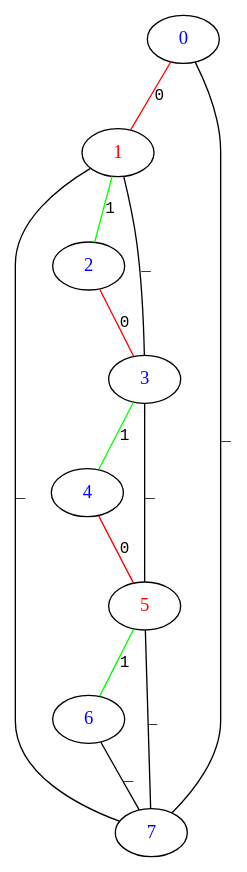
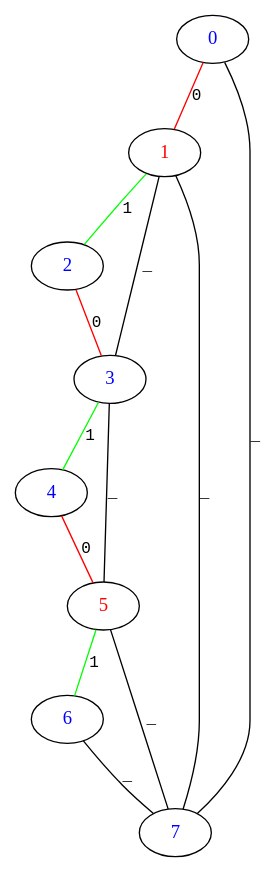
One commit to icfpc-dniwe/icfpc2017 changed the diagram in puntvis/puntvis/deploy/sample.txt-graphviz/4.dot. Above: the diagram before and after it, drawn with Graphviz. The commit also changed 58 other files, not shown here.

```diff
--- a/puntvis/puntvis/deploy/sample.txt-graphviz/4.dot
+++ b/puntvis/puntvis/deploy/sample.txt-graphviz/4.dot
@@ -1,22 +1,22 @@
 graph G {
-0 [fontcolor="#0000FFFF", label="4"];
-1 [fontcolor="#FF0000FF", label="1"];
-2 [fontcolor="#0000FFFF", label="3"];
-3 [fontcolor="#0000FFFF", label="6"];
-4 [fontcolor="#FF0000FF", label="5"];
-5 [fontcolor="#0000FFFF", label="0"];
-6 [fontcolor="#0000FFFF", label="7"];
-7 [fontcolor="#0000FFFF", label="2"];
-2 -- 0 [ color="#00FF00FF", label="1", fontname="Courier New",  fontsize=12];
-0 -- 4 [ color="#FF0000FF", label="0", fontname="Courier New",  fontsize=12];
-5 -- 1 [ color="#FF0000FF", label="0", fontname="Courier New",  fontsize=12];
-1 -- 2 [ label="_", fontname="Courier New",  fontsize=12];
-1 -- 6 [ label="_", fontname="Courier New",  fontsize=12];
-1 -- 7 [ color="#00FF00FF", label="1", fontname="Courier New",  fontsize=12];
-7 -- 2 [ color="#FF0000FF", label="0", fontname="Courier New",  fontsize=12];
-2 -- 4 [ label="_", fontname="Courier New",  fontsize=12];
-4 -- 3 [ color="#00FF00FF", label="1", fontname="Courier New",  fontsize=12];
-3 -- 6 [ label="_", fontname="Courier New",  fontsize=12];
-4 -- 6 [ label="_", fontname="Courier New",  fontsize=12];
-5 -- 6 [ label="_", fontname="Courier New",  fontsize=12];
+0 [fontcolor="#0000FFFF" label="0" pos="0,0!"];
+1 [fontcolor="#FF0000FF" label="1" pos="1,0!"];
+2 [fontcolor="#0000FFFF" label="2" pos="2,0!"];
+3 [fontcolor="#0000FFFF" label="3" pos="2,-1!"];
+4 [fontcolor="#0000FFFF" label="4" pos="2,-2!"];
+5 [fontcolor="#FF0000FF" label="5" pos="1,-2!"];
+6 [fontcolor="#0000FFFF" label="6" pos="0,-2!"];
+7 [fontcolor="#0000FFFF" label="7" pos="0,-1!"];
+3 -- 4 [fontname="Courier New" fontsize="12" label="1" color="#00FF00FF"];
+0 -- 1 [fontname="Courier New" fontsize="12" label="0" color="#FF0000FF"];
+2 -- 3 [fontname="Courier New" fontsize="12" label="0" color="#FF0000FF"];
+1 -- 3 [fontname="Courier New" fontsize="12" label="_" color="#000000FF"];
+5 -- 6 [fontname="Courier New" fontsize="12" label="1" color="#00FF00FF"];
+4 -- 5 [fontname="Courier New" fontsize="12" label="0" color="#FF0000FF"];
+3 -- 5 [fontname="Courier New" fontsize="12" label="_" color="#000000FF"];
+6 -- 7 [fontname="Courier New" fontsize="12" label="_" color="#000000FF"];
+5 -- 7 [fontname="Courier New" fontsize="12" label="_" color="#000000FF"];
+1 -- 7 [fontname="Courier New" fontsize="12" label="_" color="#000000FF"];
+0 -- 7 [fontname="Courier New" fontsize="12" label="_" color="#000000FF"];
+1 -- 2 [fontname="Courier New" fontsize="12" label="1" color="#00FF00FF"];
 }
```
